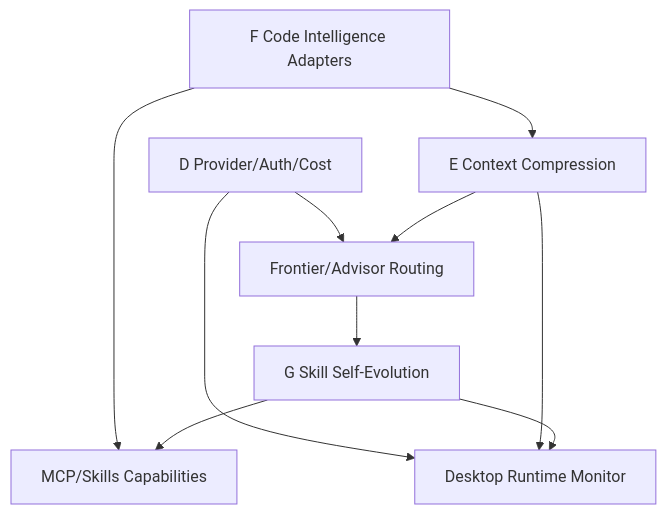
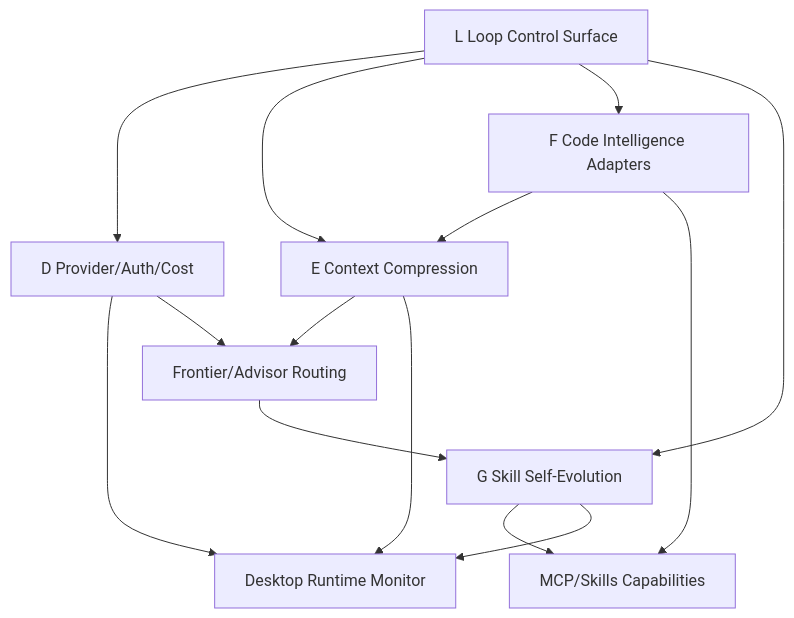
One commit to sekkit/maddog changed the first of 2 diagrams in docs/cc/maddog-fusion--3949/plan-external-schemes.md. Above: the diagram before and after it, drawn with Mermaid. The commit also changed other lines of this file and 266 other files, not shown here.

````diff
--- a/docs/cc/maddog-fusion--3949/plan-external-schemes.md
+++ b/docs/cc/maddog-fusion--3949/plan-external-schemes.md
@@ -100,12 +151,16 @@
 ```mermaid
 flowchart TB
+    L["L Loop Control Surface"] --> D["D Provider/Auth/Cost"]
+    L --> E["E Context Compression"]
+    L --> F["F Code Intelligence Adapters"]
+    L --> G["G Skill Self-Evolution"]
     D["D Provider/Auth/Cost"] --> H["Desktop Runtime Monitor"]
     D --> B["Frontier/Advisor Routing"]
     E["E Context Compression"] --> B
     E --> H
     F["F Code Intelligence Adapters"] --> E
     F --> C["MCP/Skills Capabilities"]
     G["G Skill Self-Evolution"] --> C
     G --> H
     B --> G
 ```
````
